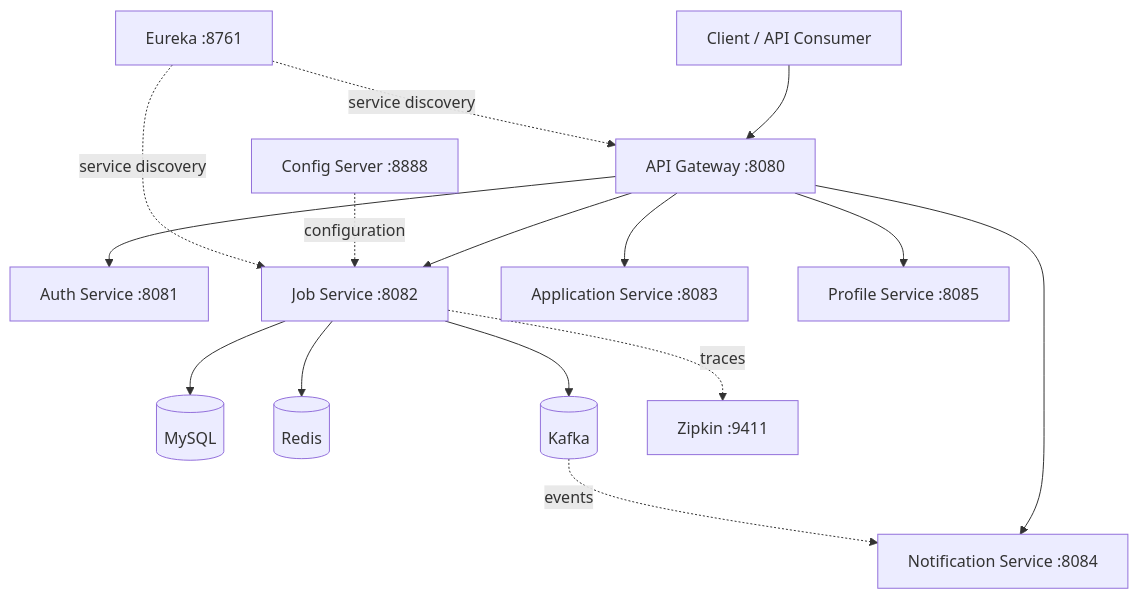
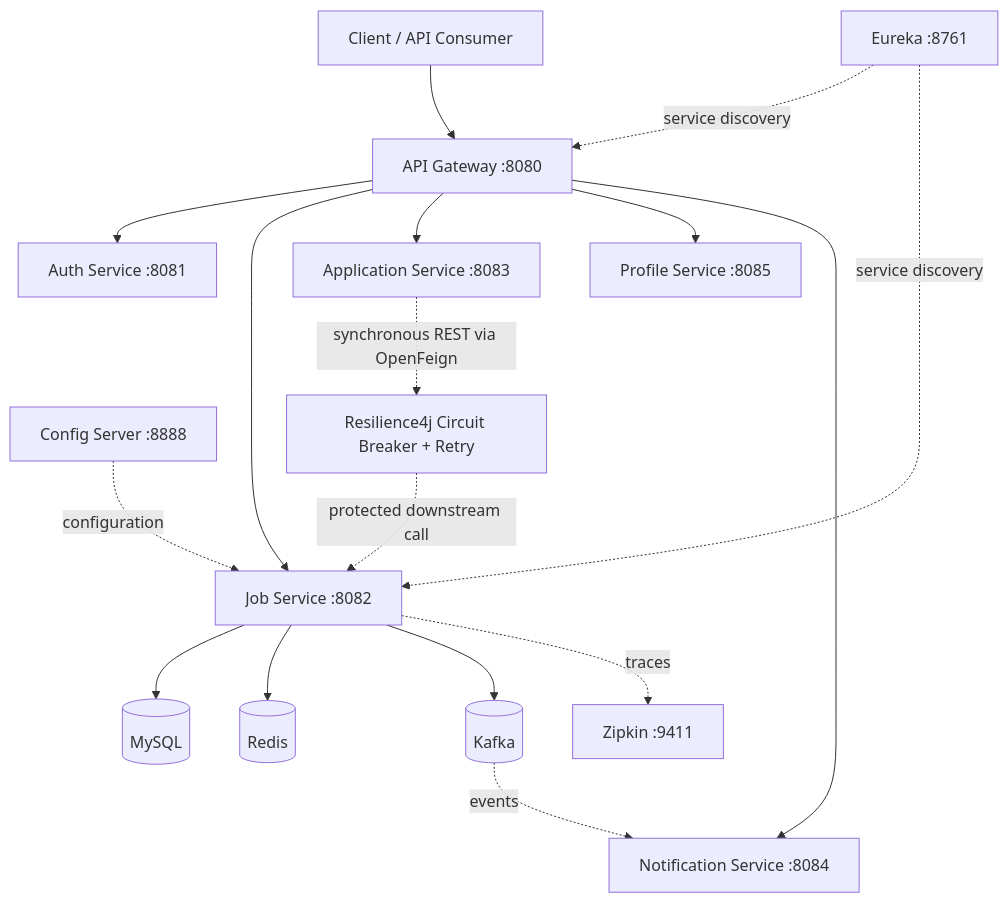
The diagram in README.md (simantapaul06/project-express), drawn with Mermaid before and after one commit. The commit also changed other lines of this file, not shown here.

Commit message:
docs: improve project architecture and README

````diff
--- a/README.md
+++ b/README.md
@@ -25,19 +28,21 @@
 ```mermaid
 flowchart TD
     Client[Client / API Consumer] --> Gateway[API Gateway :8080]
     Gateway --> Auth[Auth Service :8081]
     Gateway --> Job[Job Service :8082]
     Gateway --> Application[Application Service :8083]
     Gateway --> Profile[Profile Service :8085]
     Gateway --> Notification[Notification Service :8084]
 
     Config[Config Server :8888] -. configuration .-> Job
     Discovery[Eureka :8761] -. service discovery .-> Gateway
     Discovery -. service discovery .-> Job
 
+    Application -. synchronous REST via OpenFeign .-> CircuitBreaker[Resilience4j Circuit Breaker + Retry]
+    CircuitBreaker -. protected downstream call .-> Job
     Job --> MySQL[(MySQL)]
     Job --> Redis[(Redis)]
     Job --> Kafka[(Kafka)]
     Kafka -. events .-> Notification
     Job -. traces .-> Zipkin[Zipkin :9411]
 ```
````
